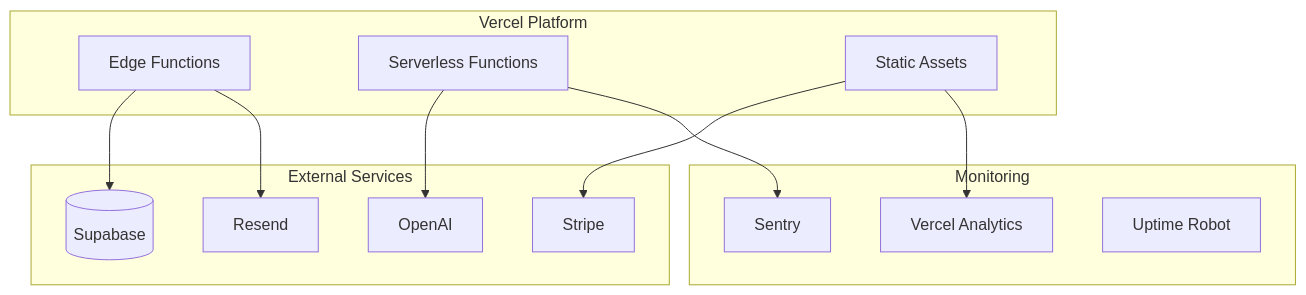
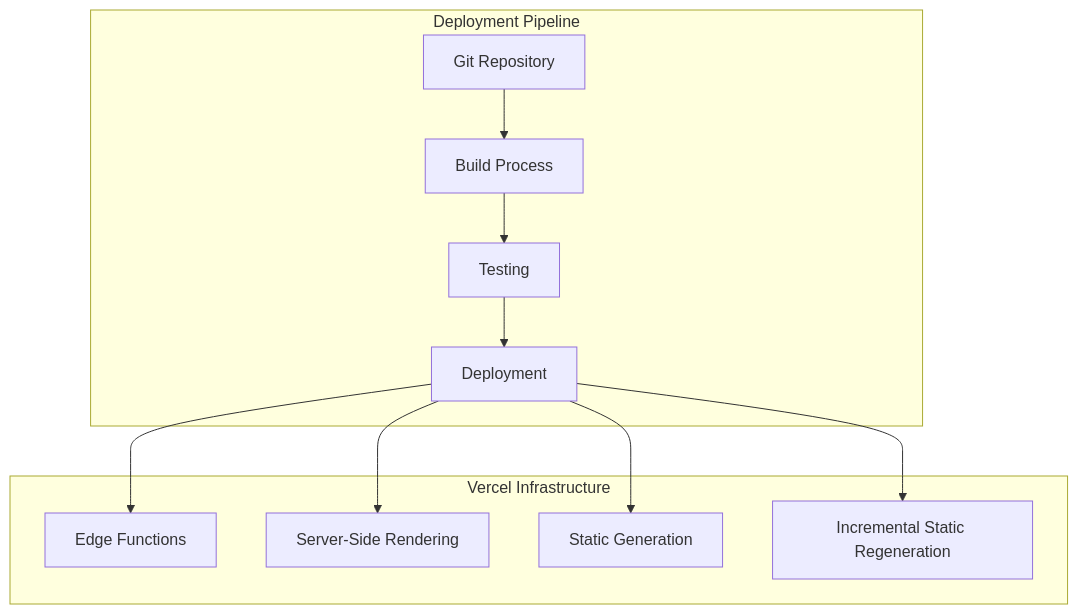
Diagram 11 of 18 in docs/ARCHITECTURE.md (HenryVantieghem/Meridian-app), drawn with Mermaid before and after one commit. The commit also changed other lines of this file and 8 other files, not shown here.

````diff
--- a/docs/ARCHITECTURE.md
+++ b/docs/ARCHITECTURE.md
@@ -325,28 +352,24 @@
 ```mermaid
-graph TB
-    subgraph "Vercel Platform"
-        EdgeFunctions[Edge Functions]
-        ServerlessFunctions[Serverless Functions]
-        StaticAssets[Static Assets]
+graph TD
+    subgraph "Vercel Infrastructure"
+        Edge[Edge Functions]
+        SSR[Server-Side Rendering]
+        Static[Static Generation]
+        ISR[Incremental Static Regeneration]
     end
-
-    subgraph "External Services"
-        Supabase[(Supabase)]
-        OpenAI[OpenAI]
-        Stripe[Stripe]
-        Resend[Resend]
+    
+    subgraph "Deployment Pipeline"
+        Git[Git Repository]
+        Build[Build Process]
+        Test[Testing]
+        Deploy[Deployment]
     end
-
-    subgraph "Monitoring"
-        Sentry[Sentry]
-        VercelAnalytics[Vercel Analytics]
-        UptimeRobot[Uptime Robot]
-    end
-
-    EdgeFunctions --> Supabase
-    ServerlessFunctions --> OpenAI
-    StaticAssets --> Stripe
-    EdgeFunctions --> Resend
-    ServerlessFunctions --> Sentry
-    StaticAssets --> VercelAnalytics
+    
+    Git --> Build
+    Build --> Test
+    Test --> Deploy
+    Deploy --> Edge
+    Deploy --> SSR
+    Deploy --> Static
+    Deploy --> ISR
 ```
````
